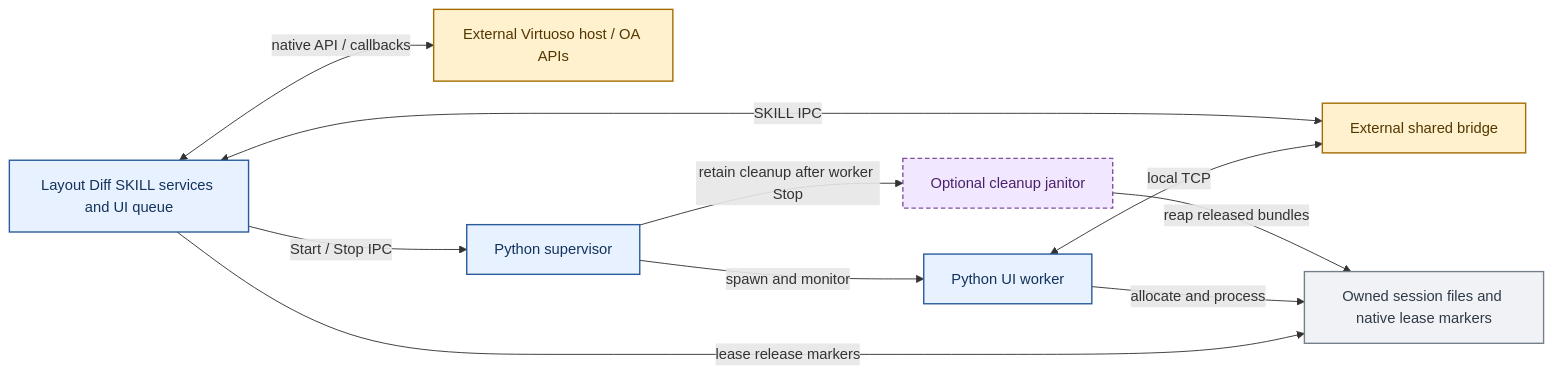
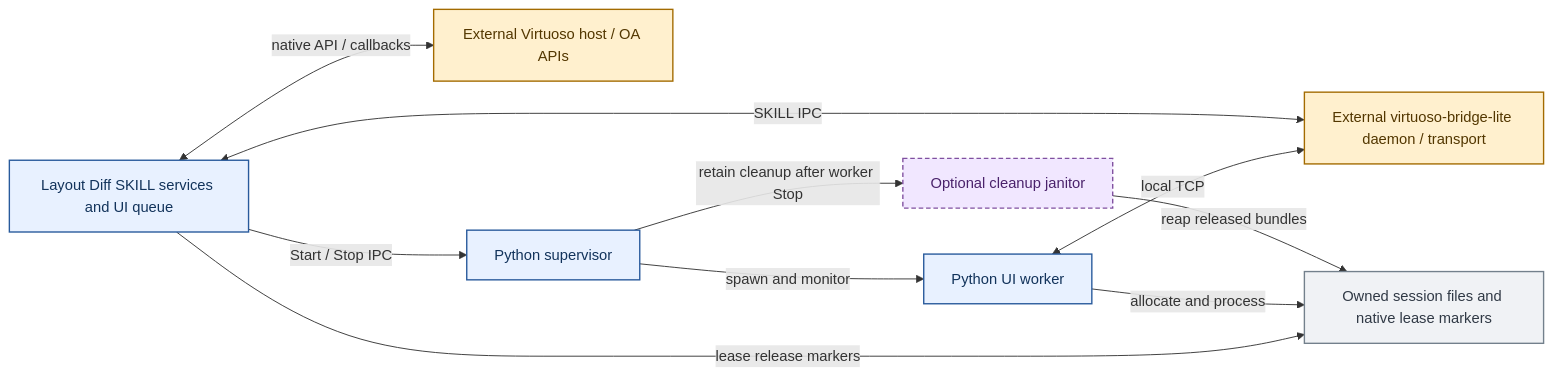
The second of 3 diagrams in docs/architecture/PROGRAM_STRUCTURE.md (nekomona/analog-layout-diff), drawn with Mermaid before and after one commit. The commit also changed other lines of this file and 7 other files, not shown here.

````diff
--- a/docs/architecture/PROGRAM_STRUCTURE.md
+++ b/docs/architecture/PROGRAM_STRUCTURE.md
@@ -147,27 +147,27 @@
 ```mermaid
 flowchart LR
     V["External Virtuoso host / OA APIs"]
     SK["Layout Diff SKILL services and UI queue"]
-    B["External shared bridge"]
+    B["External virtuoso-bridge-lite daemon / transport"]
     W["Python UI worker"]
     S["Python supervisor"]
     J["Optional cleanup janitor"]
     F["Owned session files and native lease markers"]
     SK <-->|"native API / callbacks"| V
     SK -->|"Start / Stop IPC"| S
     S -->|"spawn and monitor"| W
     W <-->|"local TCP"| B
     B <-->|"SKILL IPC"| SK
     S -->|"retain cleanup after worker Stop"| J
     SK -->|"lease release markers"| F
     W -->|"allocate and process"| F
     J -->|"reap released bundles"| F
     classDef program fill:#e8f1ff,stroke:#285a9c,color:#12335b,stroke-width:1.5px
     classDef external fill:#fff0ce,stroke:#a36b00,color:#533700,stroke-width:1.5px
     classDef optional fill:#f1e7ff,stroke:#8050a0,color:#4a226b,stroke-width:1.5px,stroke-dasharray:5 3
     classDef artifact fill:#f0f2f5,stroke:#73808c,color:#303945,stroke-width:1.5px
     class SK,W,S program
     class V,B external
     class J optional
     class F artifact
 ```
````
